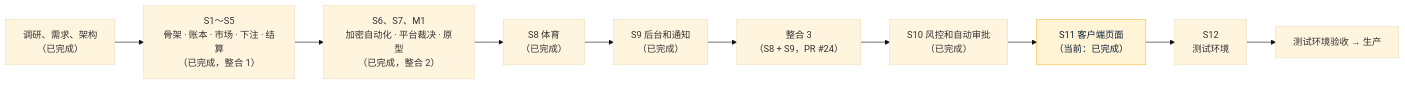
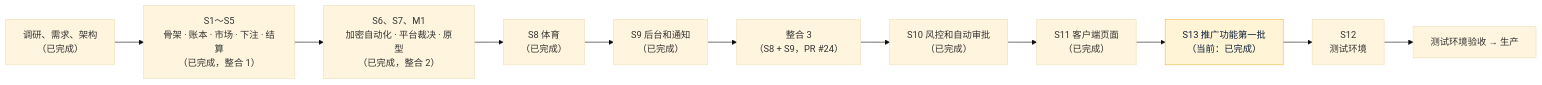
Before and after one commit to dollar3651314/forecast: the diagram in 项目地图.md, drawn with Mermaid (base theme). The commit also changed other lines of this file and 144 other files, not shown here.

````diff
--- a/项目地图.md
+++ b/项目地图.md
@@ -11,5 +11,5 @@
 ```mermaid
 flowchart LR
-    R["调研、需求、架构<br/>（已完成）"] --> S1["S1～S5<br/>骨架 · 账本 · 市场 · 下注 · 结算<br/>（已完成，整合 1）"] --> S6["S6、S7、M1<br/>加密自动化 · 平台裁决 · 原型<br/>（已完成，整合 2）"] --> S8["S8 体育<br/>（已完成）"] --> S9["S9 后台和通知<br/>（已完成）"] --> INT["整合 3<br/>（S8 + S9，PR #24）"] --> S10["S10 风控和自动审批<br/>（已完成）"] --> S11["S11 客户端页面<br/>（当前：已完成）"]:::now --> S12["S12<br/>测试环境"] --> T["测试环境验收 → 生产"]
+    R["调研、需求、架构<br/>（已完成）"] --> S1["S1～S5<br/>骨架 · 账本 · 市场 · 下注 · 结算<br/>（已完成，整合 1）"] --> S6["S6、S7、M1<br/>加密自动化 · 平台裁决 · 原型<br/>（已完成，整合 2）"] --> S8["S8 体育<br/>（已完成）"] --> S9["S9 后台和通知<br/>（已完成）"] --> INT["整合 3<br/>（S8 + S9，PR #24）"] --> S10["S10 风控和自动审批<br/>（已完成）"] --> S11["S11 客户端页面<br/>（已完成）"] --> S13["S13 推广功能第一批<br/>（当前：已完成）"]:::now --> S12["S12<br/>测试环境"] --> T["测试环境验收 → 生产"]
     classDef now fill:#FFF4D6,stroke:#F5B83D,color:#0B1F3A
 ```
````
